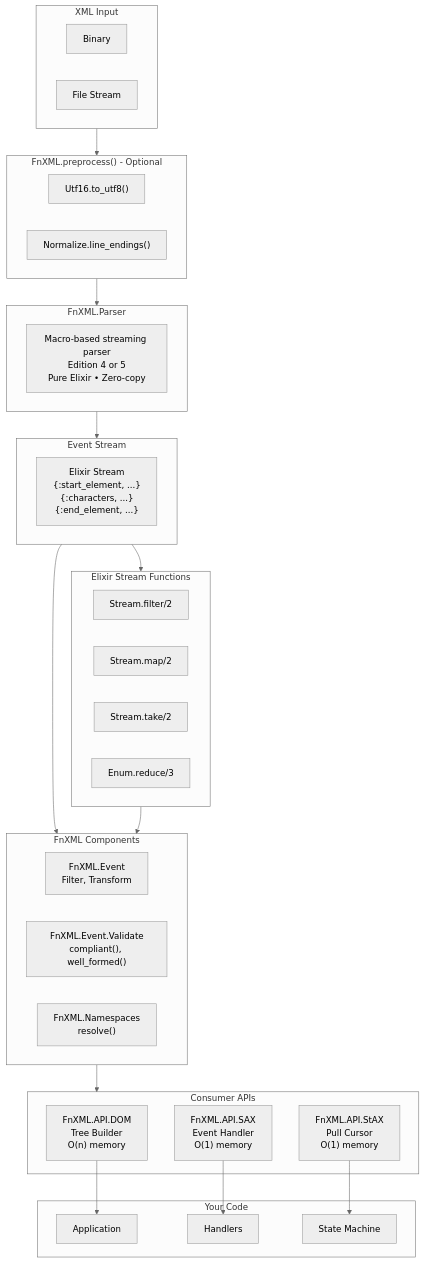
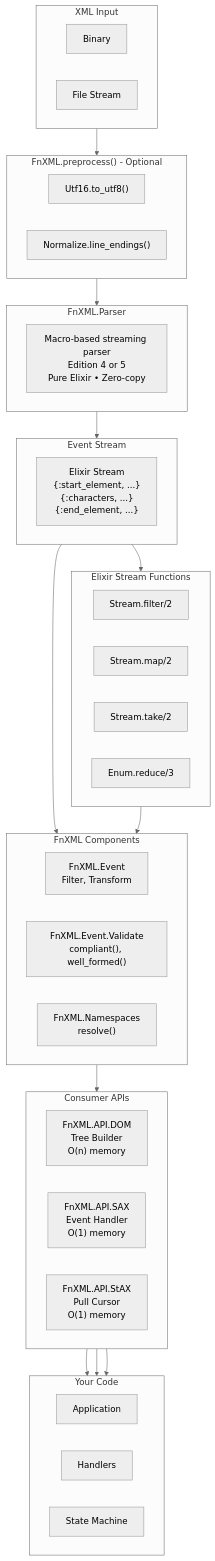
Before and after one commit to FnXML/fnxml: the diagram in README.md, drawn with Mermaid (neutral theme).

Commit message:
fixed mermaid graph

````diff
--- a/README.md
+++ b/README.md
@@ -124,56 +124,64 @@
 ```mermaid
 flowchart TB
     subgraph Input["XML Input"]
+        direction LR
         binary["Binary"]
         stream["File Stream"]
     end
 
     subgraph Preprocess["FnXML.preprocess() - Optional"]
+        direction LR
         utf16["Utf16.to_utf8()"]
         normalize["Normalize.line_endings()"]
     end
 
     subgraph Parser["FnXML.Parser"]
+        direction LR
         parse["Macro-based streaming parser<br/>Edition 4 or 5<br/>Pure Elixir • Zero-copy"]
     end
 
     subgraph Events["Event Stream"]
+        direction LR
         evt["Elixir Stream<br/>{:start_element, ...}<br/>{:characters, ...}<br/>{:end_element, ...}"]
     end
 
     subgraph StreamOps["Elixir Stream Functions"]
+        direction LR
         filter["Stream.filter/2"]
         map["Stream.map/2"]
         take["Stream.take/2"]
         reduce["Enum.reduce/3"]
     end
 
     subgraph Components["FnXML Components"]
+        direction LR
         event["FnXML.Event<br/>Filter, Transform"]
         validate["FnXML.Event.Validate<br/>compliant(), well_formed()"]
         namespace["FnXML.Namespaces<br/>resolve()"]
     end
 
     subgraph APIs["Consumer APIs"]
+        direction LR
         dom["FnXML.API.DOM<br/>Tree Builder<br/>O(n) memory"]
         sax["FnXML.API.SAX<br/>Event Handler<br/>O(1) memory"]
         stax["FnXML.API.StAX<br/>Pull Cursor<br/>O(1) memory"]
     end
 
     subgraph Output["Your Code"]
+        direction LR
         app["Application"]
         handlers["Handlers"]
         state["State Machine"]
     end
 
     Input --> Preprocess
     Preprocess --> Parser
     Parser --> Events
     Events --> StreamOps
     Events --> Components
     StreamOps --> Components
     Components --> APIs
     dom --> app
     sax --> handlers
     stax --> state
 ```
````
